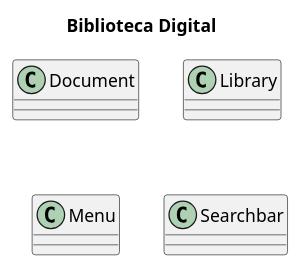
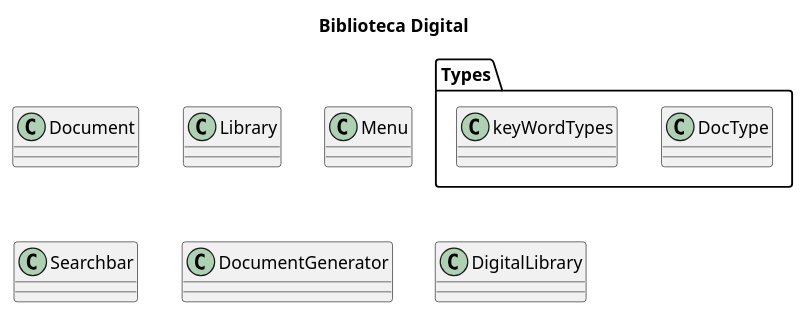
The diagram in entregas/arcePablo/reto-003/BibliotecaDigital.puml (mmasias/23-24-eda2), drawn with PlantUML before and after one commit. The commit also changed 3 other files, not shown here.

```diff
--- a/entregas/arcePablo/reto-003/BibliotecaDigital.puml
+++ b/entregas/arcePablo/reto-003/BibliotecaDigital.puml
@@ -1,10 +1,16 @@
 @startuml "Biblioteca Digital"
 
 title "Biblioteca Digital"
 
 class Document
 class Library
 class Menu 
 class Searchbar
+package Types {
+    class DocType
+    class keyWordTypes
+}
+class DocumentGenerator
+class DigitalLibrary
 
 @enduml
```
